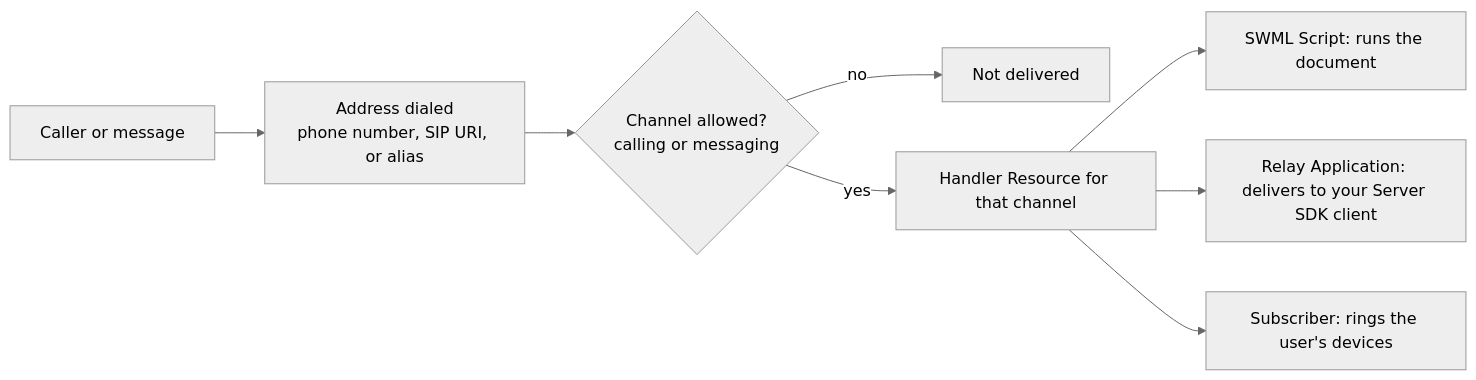
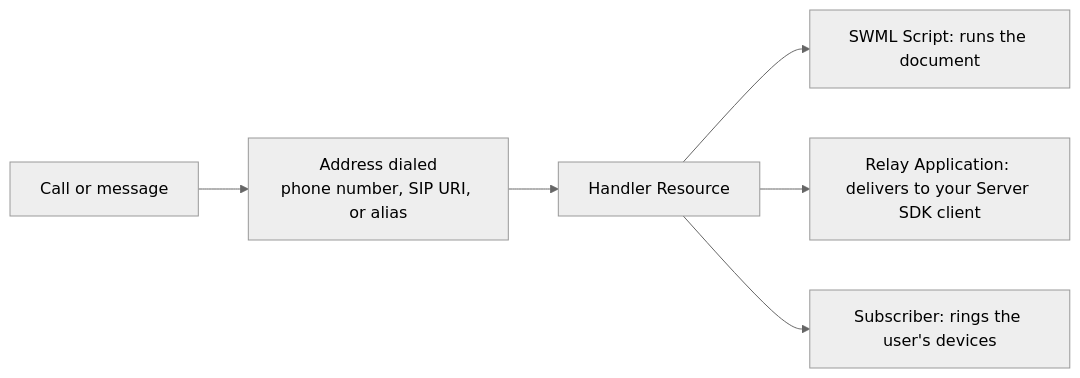
Before and after one commit to signalwire/docs: the diagram in fern/products/platform/pages/platform/call-fabric/addresses.mdx, drawn with Mermaid (neutral theme). The commit also changed other lines of this file and 1 other file, not shown here.

````diff
--- a/fern/products/platform/pages/platform/call-fabric/addresses.mdx
+++ b/fern/products/platform/pages/platform/call-fabric/addresses.mdx
@@ -200,10 +201,8 @@
 ```mermaid
 flowchart LR
-    caller["Caller or message"] --> address["Address dialed<br/>phone number, SIP URI, or alias"]
-    address --> channel{"Channel allowed?<br/>calling or messaging"}
-    channel -- no --> rejected["Not delivered"]
-    channel -- yes --> handler["Handler Resource for that channel"]
+    caller["Call or message"] --> address["Address dialed<br/>phone number, SIP URI, or alias"]
+    address --> handler["Handler Resource"]
     handler --> swml["SWML Script: runs the document"]
     handler --> relay["Relay Application: delivers to your Server SDK client"]
     handler --> subscriber["Subscriber: rings the user's devices"]
 ```
````
